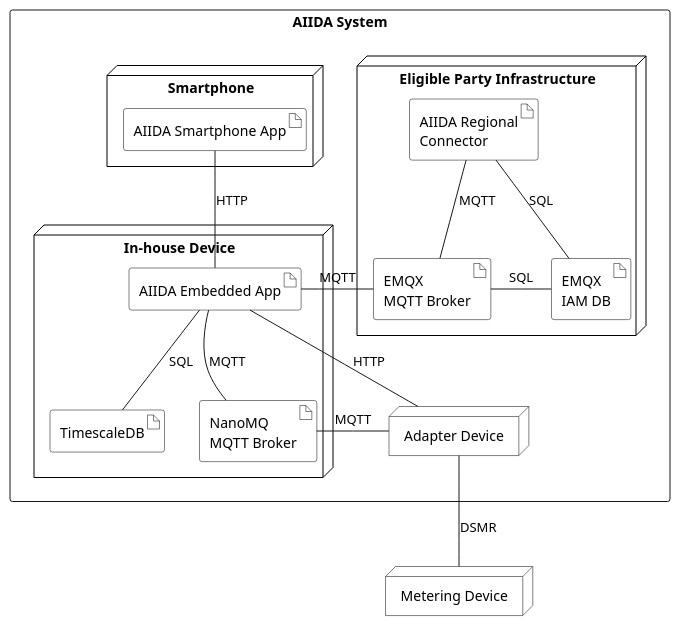
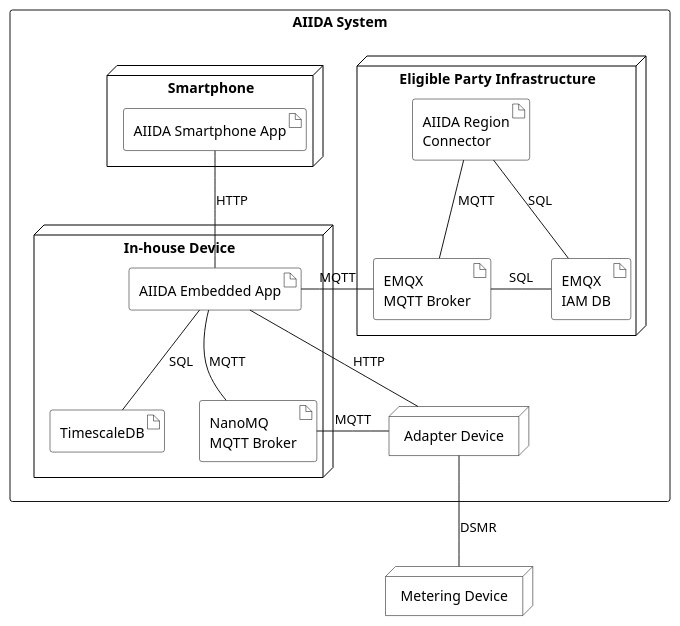
Before and after one commit to eddie-energy/architecture: the diagram in arc42/aiida/deployment-view/figures/aiida_deployment_view.puml, drawn with PlantUML. The commit also changed 21 other files, not shown here.

Commit message:
Part of #126: Renamed Regional Connector to Region Connector.

```diff
--- a/arc42/aiida/deployment-view/figures/aiida_deployment_view.puml
+++ b/arc42/aiida/deployment-view/figures/aiida_deployment_view.puml
@@ -1,60 +1,60 @@
 @startuml aiida_deployment_view
 'component diagram
 
 ' skinparam linetype ortho
 
 skinparam artifact{
   BorderColor black
   BackgroundColor transparent
 }
 skinparam node{
   BorderColor black
   BackgroundColor white
 }
 skinparam rectangle{
   ' BorderColor transparent
   BackgroundColor transparent
   FontColor black
 }
 
 rectangle "AIIDA System" {
   node "Eligible Party Infrastructure"  as epInfra{
-      artifact "AIIDA Regional\nConnector" as regcon
+      artifact "AIIDA Region\nConnector" as regcon
     artifact "EMQX \nMQTT Broker" as broker
     artifact "EMQX \nIAM DB" as emqxiam
 
     broker -right- emqxiam : SQL
     regcon -down- broker : MQTT
     regcon -down- emqxiam : SQL
 
   }
 
   node "Smartphone" as smartphone{
     artifact "AIIDA Smartphone App" as app
 
   }
   node "In-house Device" as aiida {
     artifact "AIIDA Embedded App" as embapp
     artifact "NanoMQ \nMQTT Broker" as nano
     artifact "TimescaleDB" as db
 
     embapp -down- nano : MQTT
     embapp -down- db : SQL
     db -[hidden]right- nano
   }
 
   embapp -up- app : HTTP
   embapp -right- broker : MQTT
 
   ' frame "Device Austria" as device2
   ' frame "Device France" as device3
 node "Adapter Device" as adapterDevice
 }
 node "Metering Device" as smartmeter
 
 adapterDevice -left- embapp : HTTP
 adapterDevice -left- nano : MQTT
 
 smartmeter -up- adapterDevice : DSMR
 
 @enduml
```
